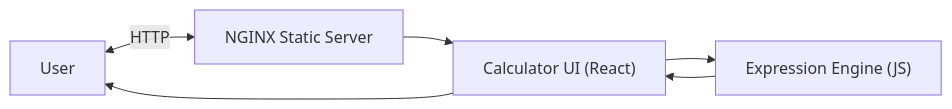
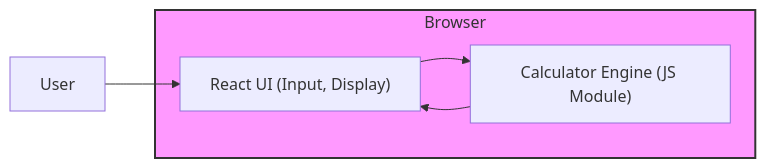
The diagram in generated-projects/simplecalculator/docs/agents/architect-mission.md (ErezKon/AgenticDevTeam), drawn with Mermaid before and after one commit. The commit also changed other lines of this file, not shown here.

Commit message:
[simplecalculator]-docs: architect mission report

````diff
--- a/generated-projects/simplecalculator/docs/agents/architect-mission.md
+++ b/generated-projects/simplecalculator/docs/agents/architect-mission.md
@@ -36,8 +38,11 @@
 ```mermaid
 flowchart LR
-    User[User] <-- HTTP --> Nginx[NGINX Static Server]
-    Nginx --> UI["Calculator UI (React)"]
-    UI --> Engine["Expression Engine (JS)"]
+    subgraph Browser
+        UI["React UI (Input, Display)"]
+        Engine["Calculator Engine (JS Module)"]
+    end
+    User["User"] --> UI
+    UI --> Engine
     Engine --> UI
-    UI --> User
+    style Browser fill:#f9f,stroke:#333,stroke-width:2px
 ```
````
